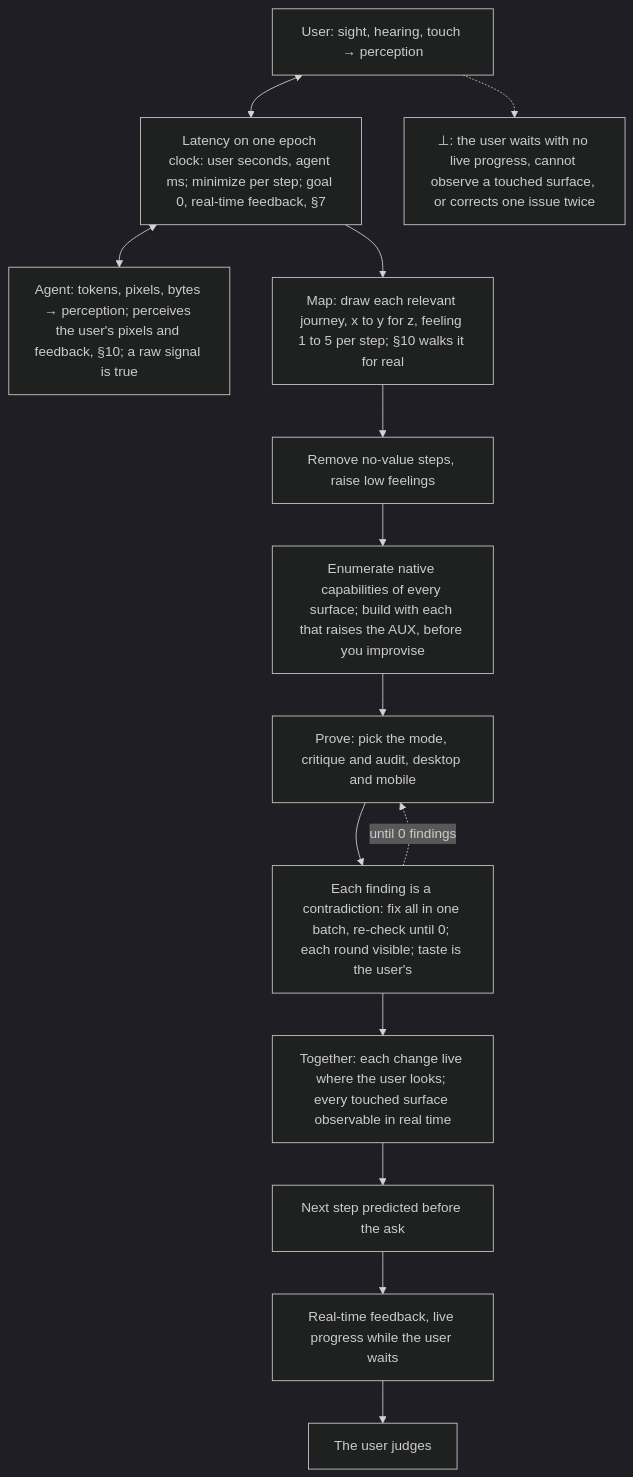
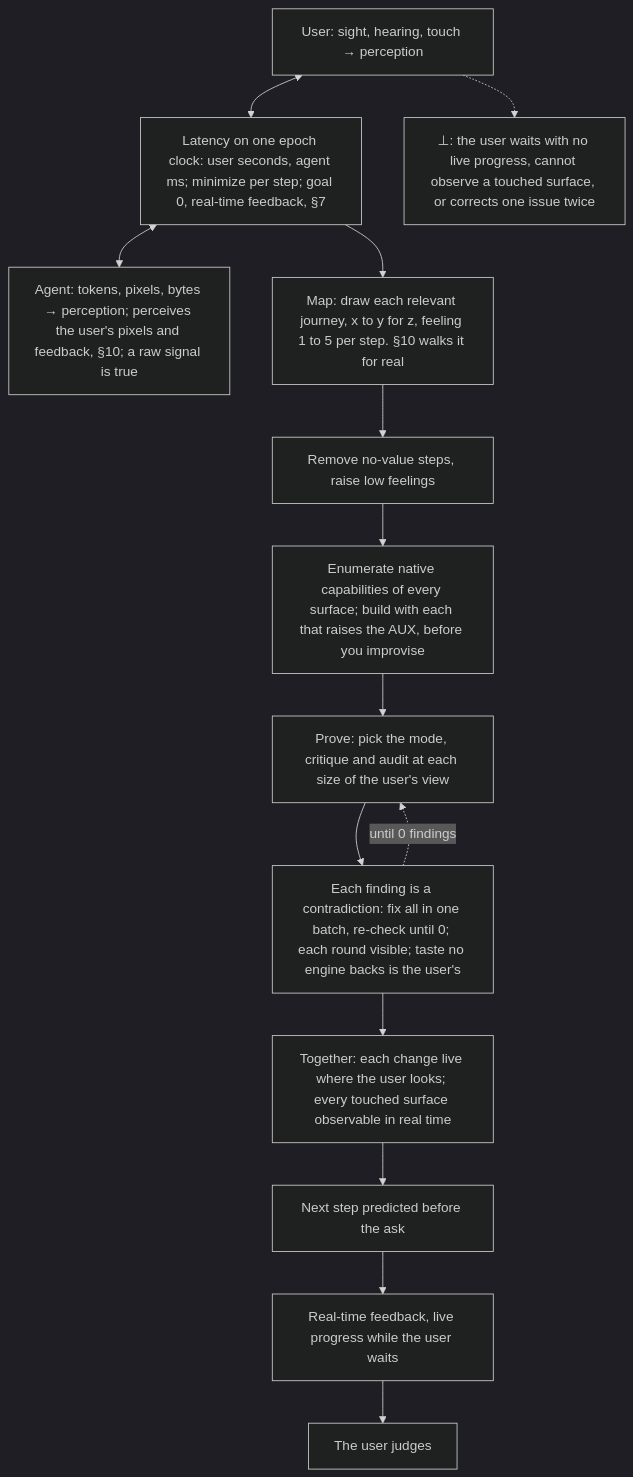
One commit to SolenixAI/arbiter changed the third of 14 diagrams in AGENTS.md. Above: the diagram before and after it, drawn with Mermaid (dark theme). The commit also changed other lines of this file and 2 other files, not shown here.

First line of the commit message:
docs(arbiter): fix fresh-review findings: blocker, view as reference, frontier exit

````diff
--- a/AGENTS.md
+++ b/AGENTS.md
@@ -162,15 +162,15 @@
 ```mermaid
 flowchart TD
   US["User: sight, hearing, touch → perception"] <--> LT["Latency on one epoch clock: user seconds, agent ms; minimize per step; goal 0, real-time feedback, §7"] <--> AG["Agent: tokens, pixels, bytes → perception; perceives the user's pixels and feedback, §10; a raw signal is true"]
   LT --> M
-  M["Map: draw each relevant journey, x to y for z, feeling 1 to 5 per step; §10 walks it for real"] --> R["Remove no-value steps, raise low feelings"]
+  M["Map: draw each relevant journey, x to y for z, feeling 1 to 5 per step. §10 walks it for real"] --> R["Remove no-value steps, raise low feelings"]
   R --> B["Enumerate native capabilities of every surface; build with each that raises the AUX, before you improvise"]
-  B --> P["Prove: pick the mode, critique and audit, desktop and mobile"]
-  P --> F["Each finding is a contradiction: fix all in one batch, re-check until 0; each round visible; taste is the user's"]
+  B --> P["Prove: pick the mode, critique and audit at each size of the user's view"]
+  P --> F["Each finding is a contradiction: fix all in one batch, re-check until 0; each round visible; taste no engine backs is the user's"]
   F -.->|until 0 findings| P
   F --> T["Together: each change live where the user looks; every touched surface observable in real time"]
   T --> N["Next step predicted before the ask"]
   N --> RT["Real-time feedback, live progress while the user waits"]
   RT --> J["The user judges"]
   US -.-> BOT["⊥: the user waits with no live progress, cannot observe a touched surface, or corrects one issue twice"]
 ```
````
